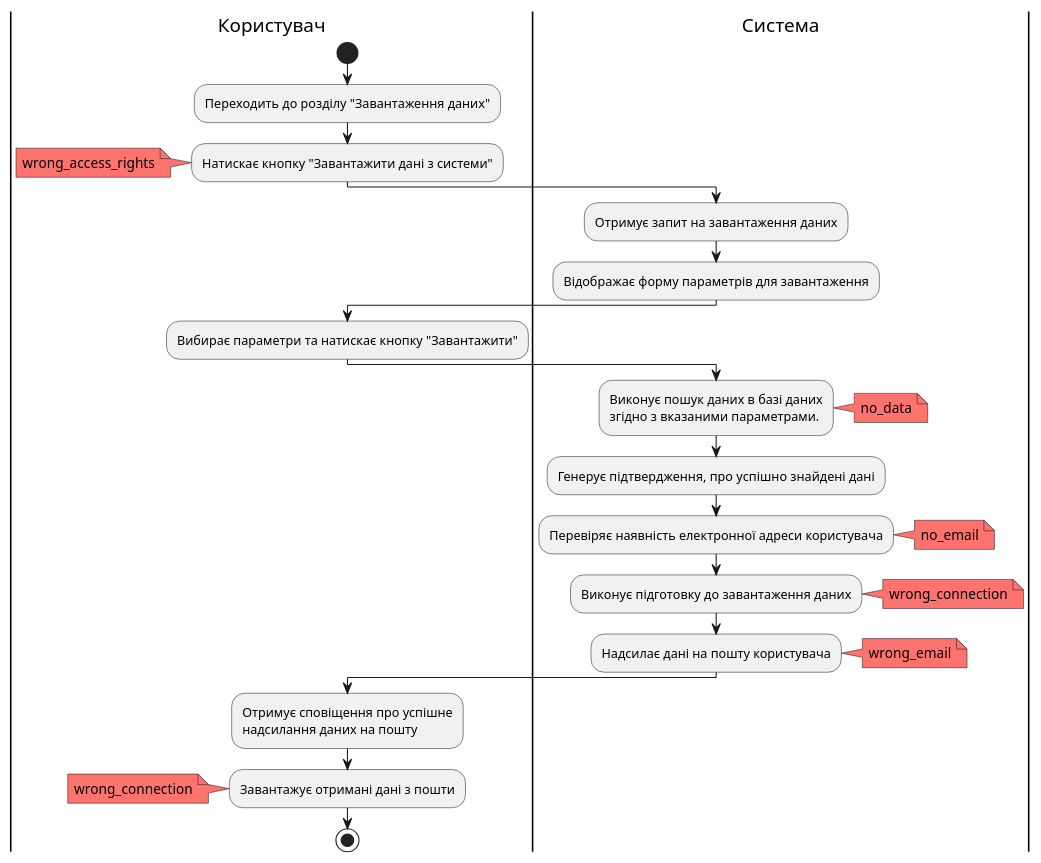
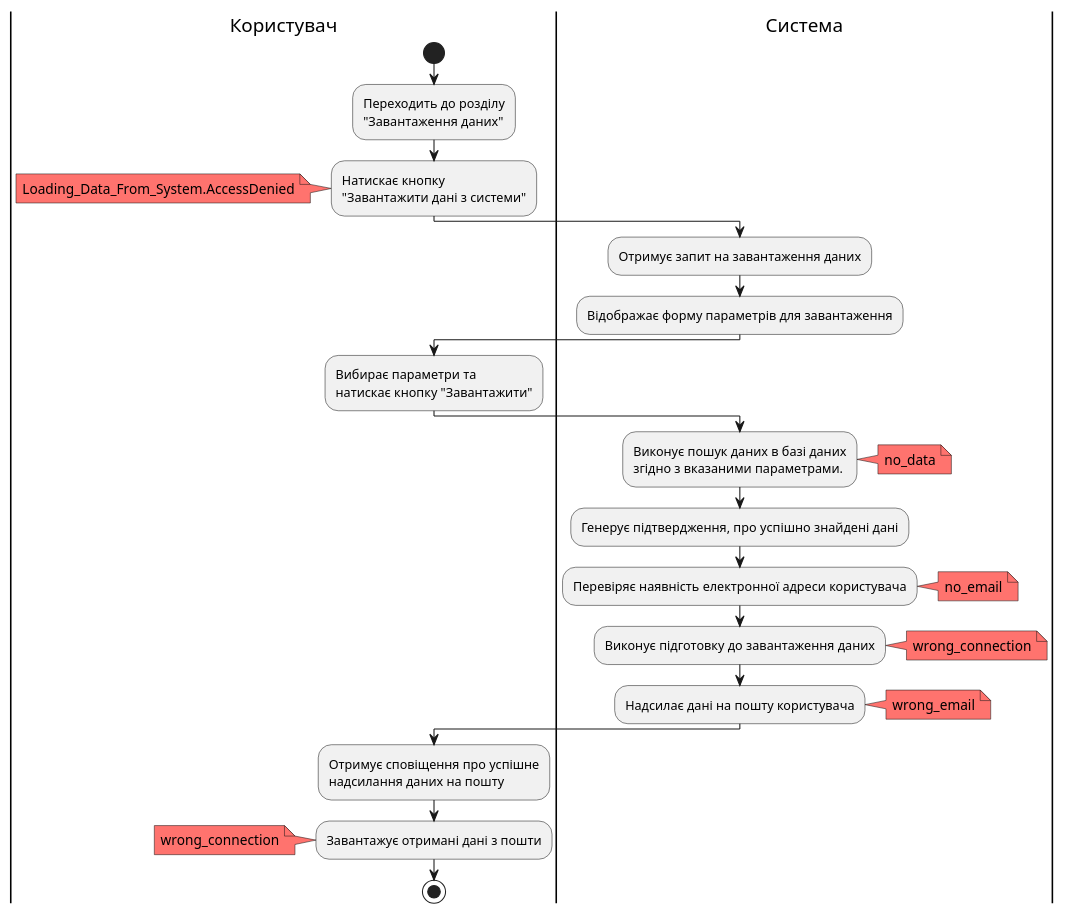
Before and after one commit to nonGratis/retarder-io-23-3: diagram 13 of 18 in docs/use cases/README.md, drawn with PlantUML. The commit also changed other lines of this file, not shown here.

Commit message:
Update UML diagrams for use cases

```diff
--- a/docs/use cases/README.md
+++ b/docs/use cases/README.md
@@ -403,39 +400,39 @@
 @startuml
 |Користувач| 
     start
-    :Переходить до розділу "Завантаження даних";
-    :Натискає кнопку "Завантажити дані з системи";
+    :Переходить до розділу\n"Завантаження даних";
+    :Натискає кнопку\n"Завантажити дані з системи";
         note left #FF736E
-            wrong_access_rights
+            Loading_Data_From_System.AccessDenied
         end note
 |Система|
     :Отримує запит на завантаження даних;
     :Відображає форму параметрів для завантаження;
 |Користувач| 
-    :Вибирає параметри та натискає кнопку "Завантажити";
+    :Вибирає параметри та\nнатискає кнопку "Завантажити";
 |Система| 
     :Виконує пошук даних в базі даних\nзгідно з вказаними параметрами.;
         note right #FF736E
             no_data
         end note
     :Генерує підтвердження, про успішно знайдені дані;
     :Перевіряє наявність електронної адреси користувача;
         note right #FF736E
             no_email
         end note
     :Виконує підготовку до завантаження даних;
         note right #FF736E
             wrong_connection
         end note
     :Надсилає дані на пошту користувача;
         note right #FF736E
             wrong_email
         end note
 |Користувач| 
     :Отримує сповіщення про успішне\nнадсилання даних на пошту;
     :Завантажує отримані дані з пошти;
         note left #FF736E
             wrong_connection
         end note
     stop
 @enduml
```
